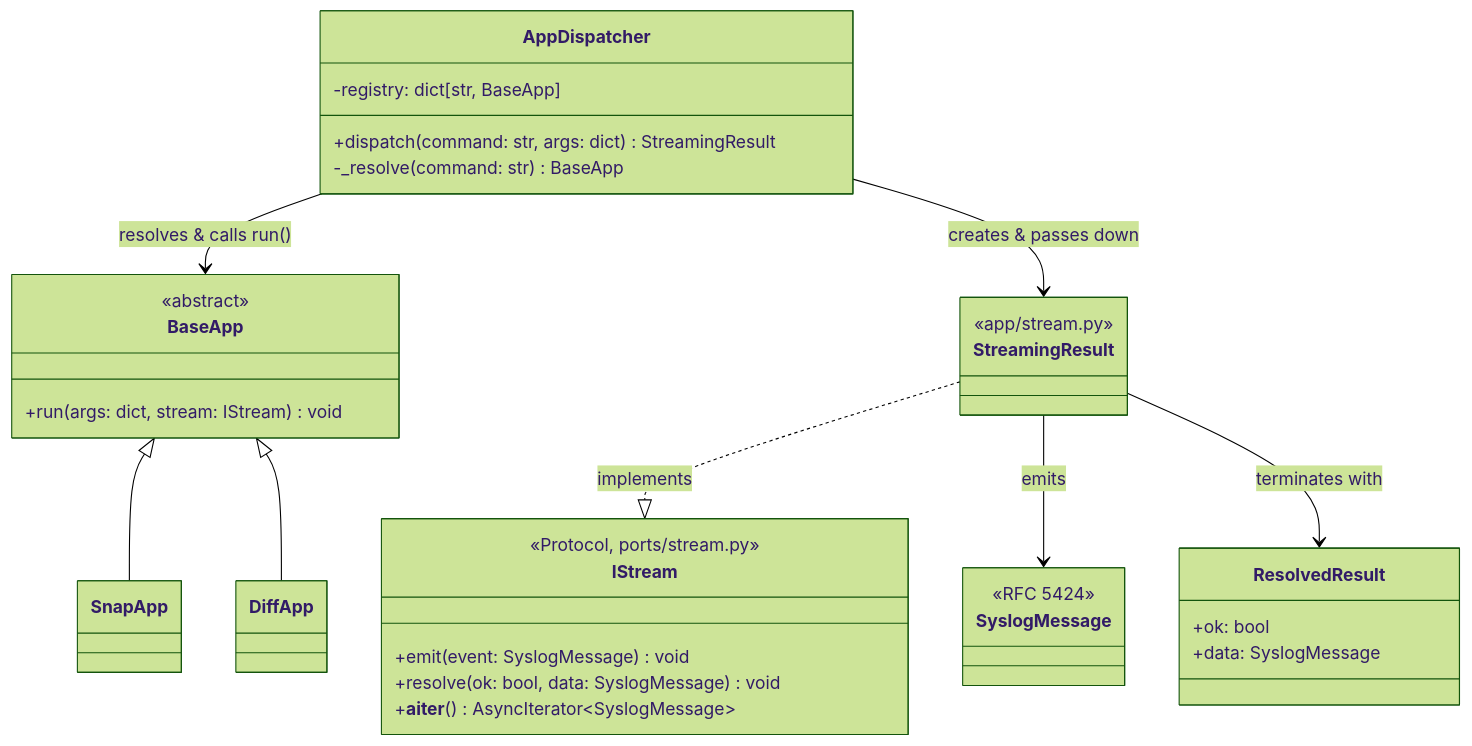
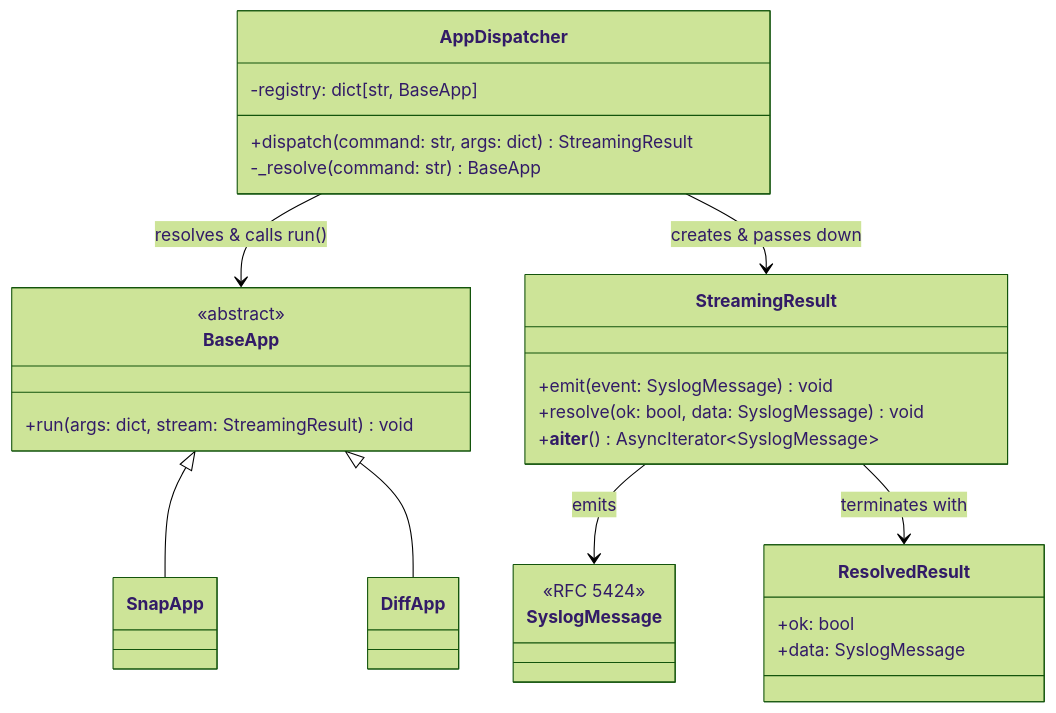
One commit to BinaryBand/scop-demo changed the second of 3 diagrams in docs/ARCHITECTURE.md. Above: the diagram before and after it, drawn with Mermaid (forest theme). The commit also changed other lines of this file and 1 other file, not shown here.

````diff
--- a/docs/ARCHITECTURE.md
+++ b/docs/ARCHITECTURE.md
@@ -108,41 +109,35 @@
 ```mermaid
 classDiagram
     class AppDispatcher {
         -registry: dict[str, BaseApp]
         +dispatch(command: str, args: dict) StreamingResult
         -_resolve(command: str) BaseApp
     }
 
-    class IStream {
-        <<Protocol, ports/stream.py>>
+    class StreamingResult {
         +emit(event: SyslogMessage) void
         +resolve(ok: bool, data: SyslogMessage) void
         +__aiter__() AsyncIterator~SyslogMessage~
-    }
-
-    class StreamingResult {
-        <<app/stream.py>>
     }
 
     class SyslogMessage {
         <<RFC 5424>>
     }
 
     class ResolvedResult {
         +ok: bool
         +data: SyslogMessage
     }
 
     class BaseApp {
         <<abstract>>
-        +run(args: dict, stream: IStream) void
+        +run(args: dict, stream: StreamingResult) void
     }
 
     AppDispatcher --> BaseApp : resolves & calls run()
     AppDispatcher --> StreamingResult : creates & passes down
-    StreamingResult ..|> IStream : implements
     StreamingResult --> SyslogMessage : emits
     StreamingResult --> ResolvedResult : terminates with
     BaseApp <|-- SnapApp
     BaseApp <|-- DiffApp
 ```
````
